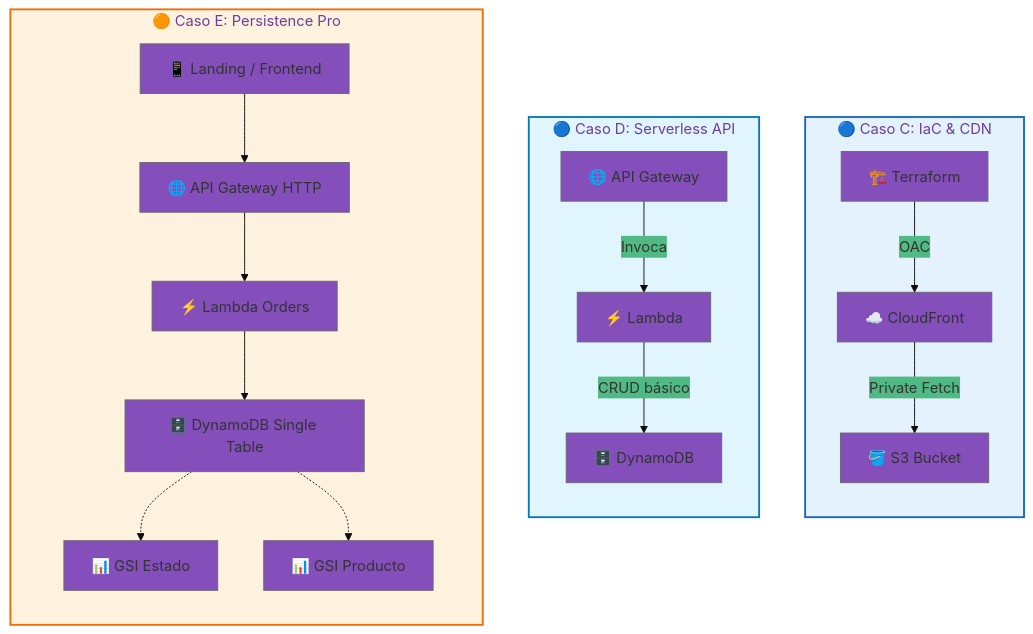
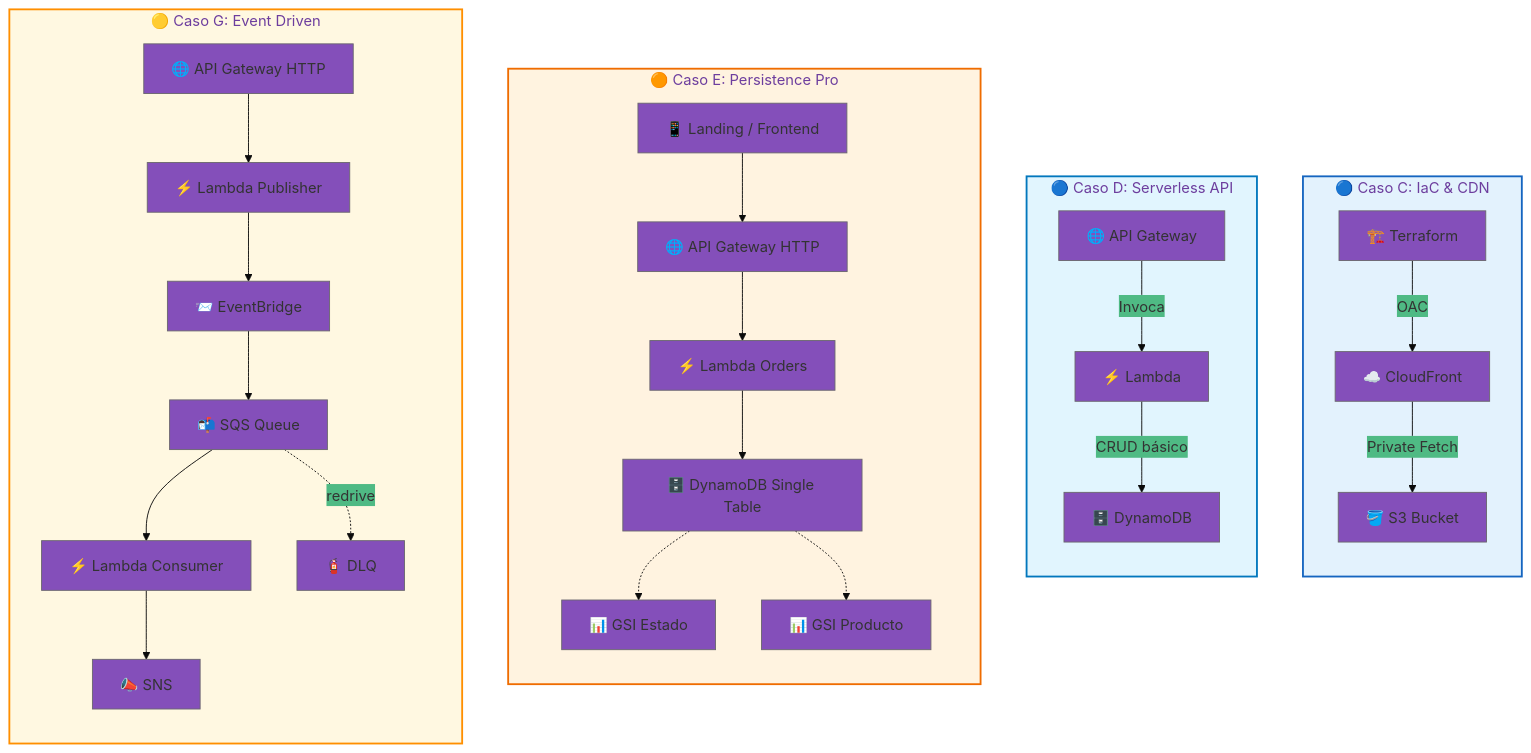
Before and after one commit to vladimiracunadev-create/proyectos-aws: the second of 4 diagrams in docs/ARCHITECTURE.md, drawn with Mermaid. The commit also changed other lines of this file and 21 other files, not shown here.

Commit message:
feat: launch and document case g event driven

````diff
--- a/docs/ARCHITECTURE.md
+++ b/docs/ARCHITECTURE.md
@@ -49,28 +49,39 @@
 ```mermaid
 %%{init: {'theme': 'base', 'themeVariables': { 'primaryColor': '#844FBA', 'edgeColor': '#2496ED', 'fontsize': '16px' }}}%%
 graph TB
     subgraph Tier2_C["🔵 Caso C: IaC & CDN"]
         direction TB
         C1[🏗️ Terraform] -->|OAC| C2[☁️ CloudFront]
         C2 -->|Private Fetch| C3[🪣 S3 Bucket]
     end
 
     subgraph Tier2_D["🔵 Caso D: Serverless API"]
         direction TB
         D1[🌐 API Gateway] -->|Invoca| D2[⚡ Lambda]
         D2 -->|CRUD básico| D3[🗄️ DynamoDB]
     end
 
     subgraph Tier2_E["🟠 Caso E: Persistence Pro"]
         direction TB
         E1[📱 Landing / Frontend] --> E2[🌐 API Gateway HTTP]
         E2 --> E3[⚡ Lambda Orders]
         E3 --> E4[🗄️ DynamoDB Single Table]
         E4 -.-> E5[📊 GSI Estado]
         E4 -.-> E6[📊 GSI Producto]
     end
 
+    subgraph Tier2_G["🟡 Caso G: Event Driven"]
+        direction TB
+        G1[🌐 API Gateway HTTP] --> G2[⚡ Lambda Publisher]
+        G2 --> G3[📨 EventBridge]
+        G3 --> G4[📬 SQS Queue]
+        G4 --> G5[⚡ Lambda Consumer]
+        G4 -. redrive .-> G6[🧯 DLQ]
+        G5 --> G7[📣 SNS]
+    end
+
     style Tier2_C fill:#e3f2fd,stroke:#1565c0,stroke-width:2px
     style Tier2_D fill:#e1f5fe,stroke:#0277bd,stroke-width:2px
     style Tier2_E fill:#fff3e0,stroke:#ef6c00,stroke-width:2px
+    style Tier2_G fill:#fff8e1,stroke:#ff8f00,stroke-width:2px
 ```
````
